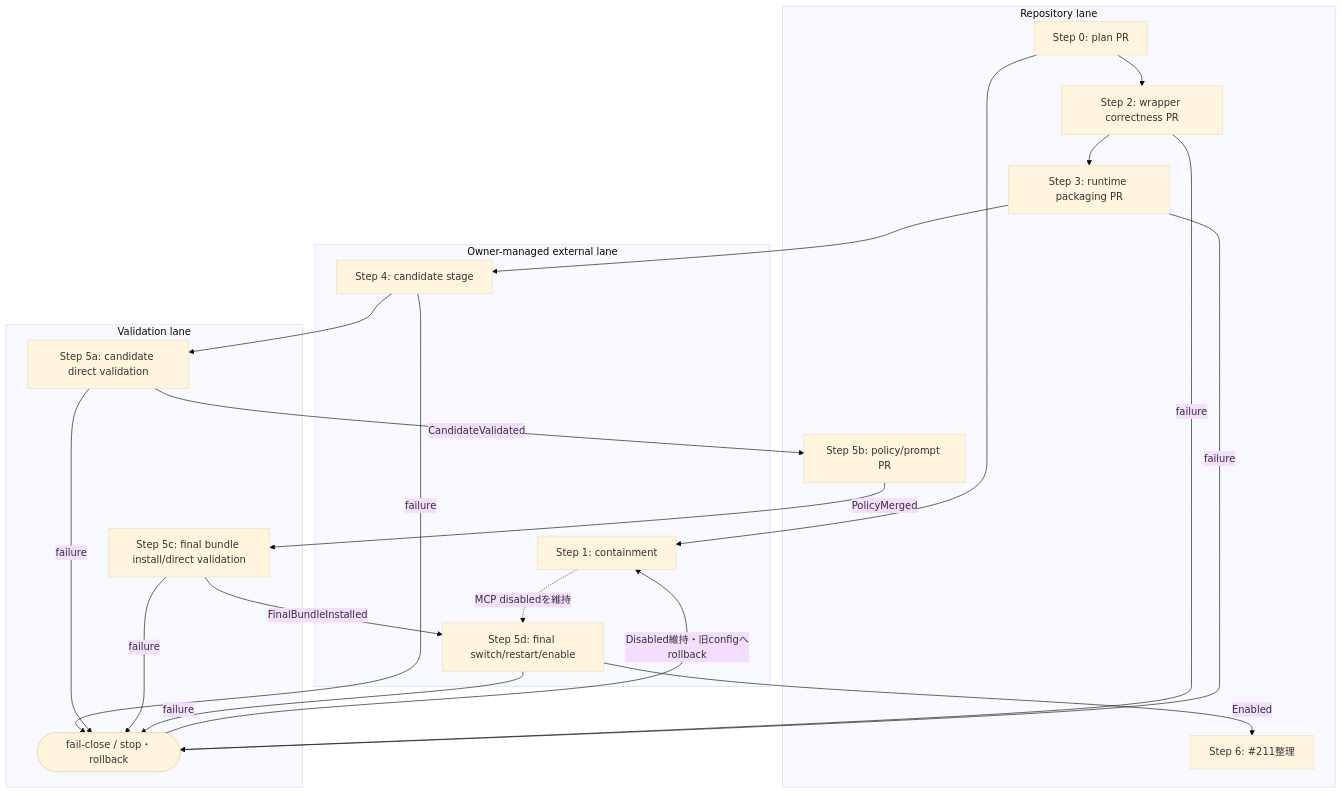
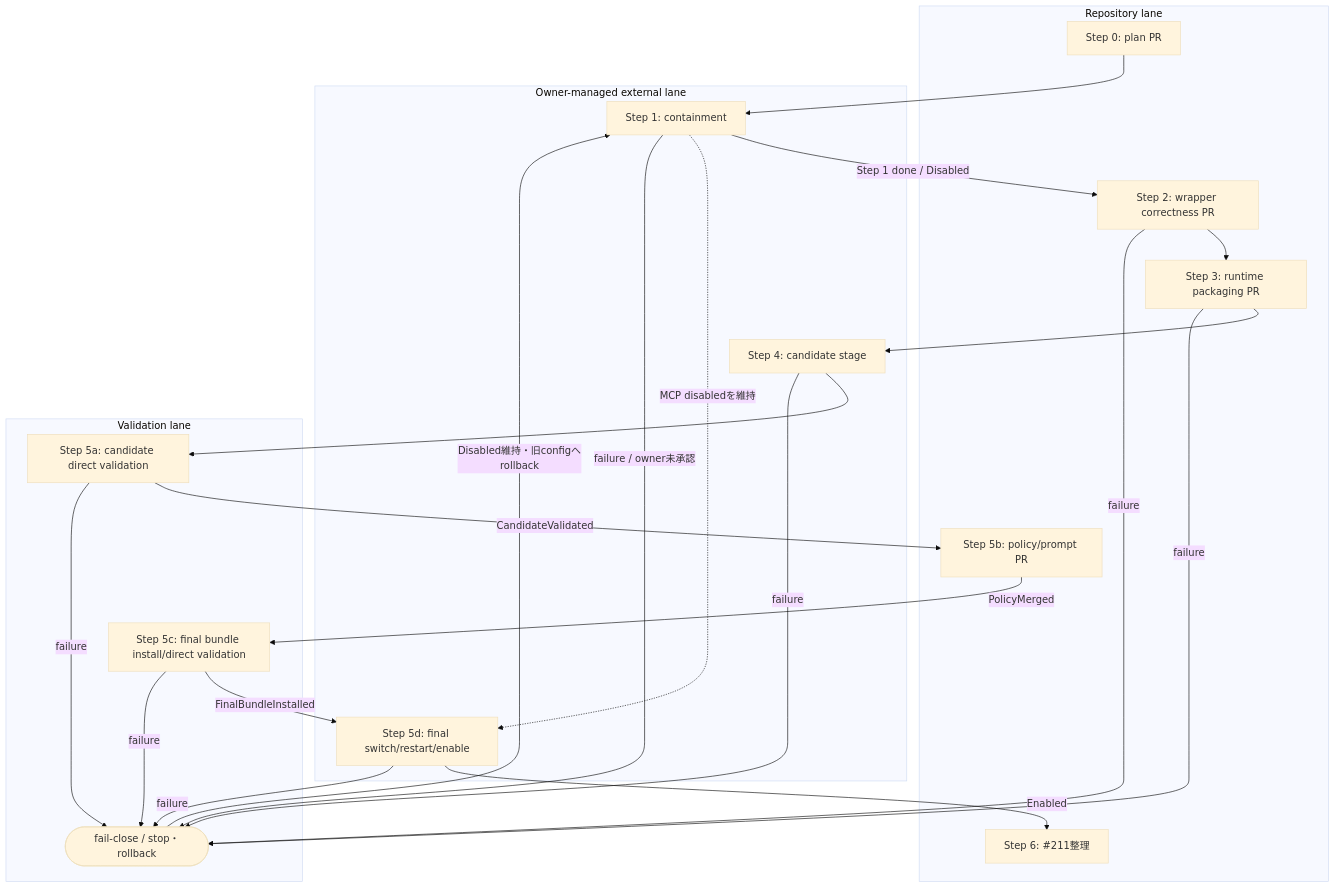
The first of 2 diagrams in docs/methods/claude-review-remediation-plan.md (hiratashinnya/review-system), drawn with Mermaid (base theme) before and after one commit. The commit also changed other lines of this file, not shown here.

````diff
--- a/docs/methods/claude-review-remediation-plan.md
+++ b/docs/methods/claude-review-remediation-plan.md
@@ -133,38 +133,39 @@
 ```mermaid
 flowchart TD
   subgraph Repository[Repository lane]
     S0[Step 0: plan PR]
     S2[Step 2: wrapper correctness PR]
     S3[Step 3: runtime packaging PR]
     S5P[Step 5b: policy/prompt PR]
     S6[Step 6: #211整理]
   end
   subgraph Owner[Owner-managed external lane]
     S1[Step 1: containment]
     S4[Step 4: candidate stage]
     S5F[Step 5d: final switch/restart/enable]
   end
   subgraph Validation[Validation lane]
     S5VC[Step 5a: candidate direct validation]
     S5I[Step 5c: final bundle install/direct validation]
     STOP([fail-close / stop・rollback])
   end
 
   S0 --> S1
-  S0 --> S2
+  S1 -->|Step 1 done / Disabled| S2
   S2 --> S3
   S3 --> S4
   S4 --> S5VC
   S5VC -->|CandidateValidated| S5P
   S5P -->|PolicyMerged| S5I
   S5I -->|FinalBundleInstalled| S5F
   S5F -->|Enabled| S6
   S1 -.MCP disabledを維持.-> S5F
+  S1 -->|failure / owner未承認| STOP
   S2 -->|failure| STOP
   S3 -->|failure| STOP
   S4 -->|failure| STOP
   S5VC -->|failure| STOP
   S5I -->|failure| STOP
   S5F -->|failure| STOP
   STOP -->|Disabled維持・旧configへrollback| S1
 ```
````
